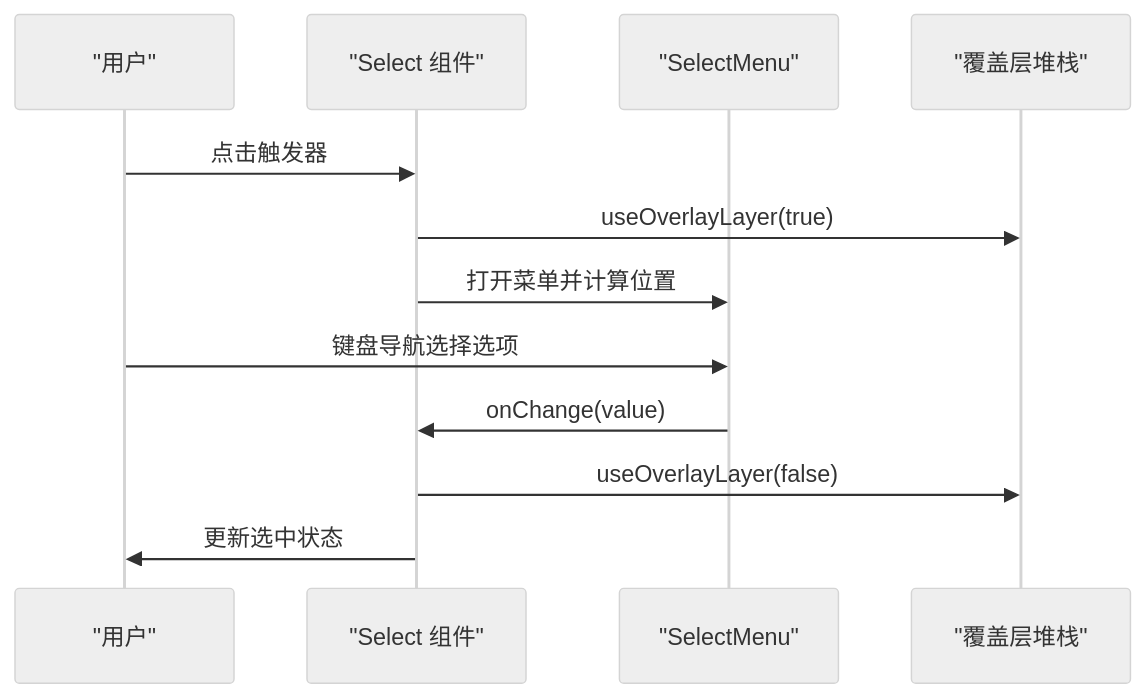
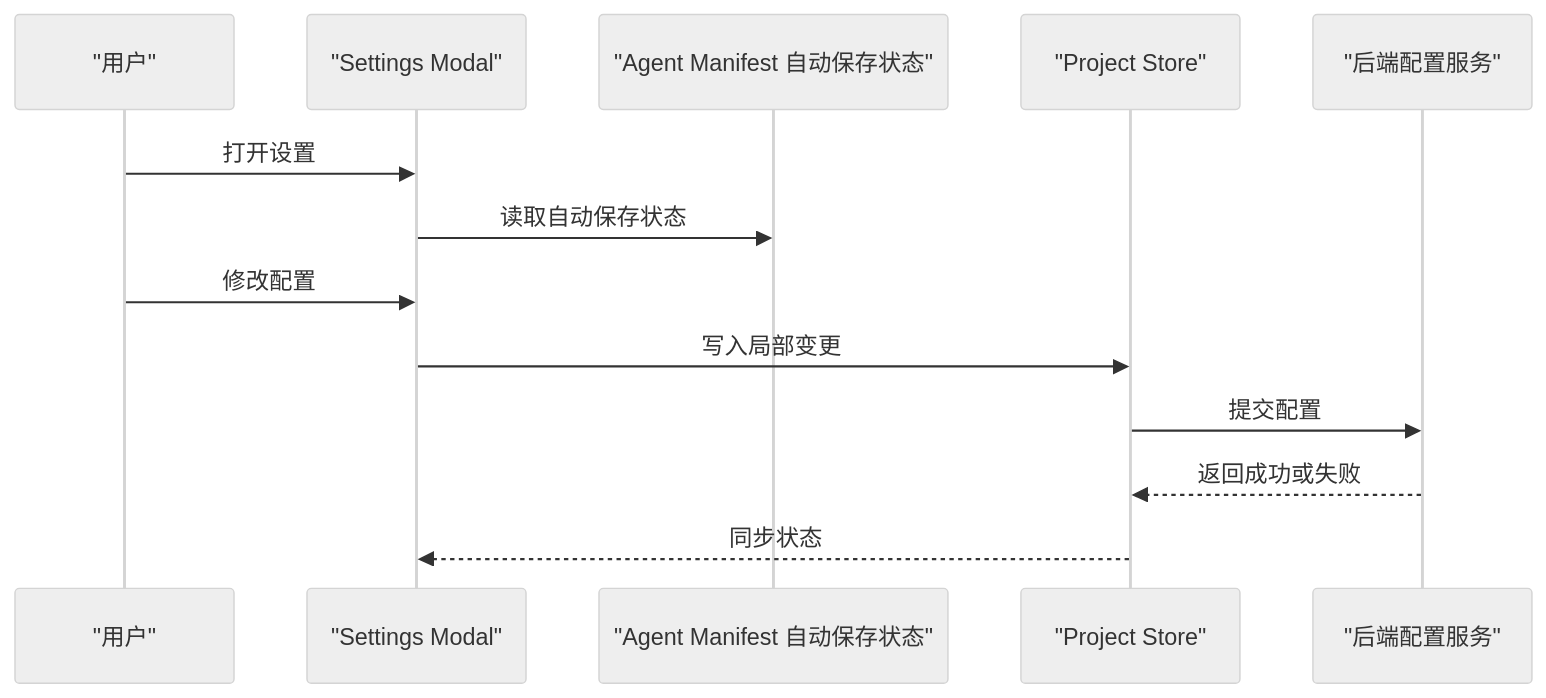
The eighth of 10 diagrams in .qoder/repowiki/zh/content/用户界面/用户界面.md (haolange/RDC-Agent), drawn with Mermaid (neutral theme) before and after one commit. The commit also changed other lines of this file and 356 other files, not shown here.

````diff
--- a/.qoder/repowiki/zh/content/用户界面/用户界面.md
+++ b/.qoder/repowiki/zh/content/用户界面/用户界面.md
@@ -616,14 +333,16 @@
 ```mermaid
 sequenceDiagram
-participant User as "用户"
-participant Select as "Select 组件"
-participant Menu as "SelectMenu"
-participant OS as "覆盖层堆栈"
-User->>Select : 点击触发器
-Select->>OS : useOverlayLayer(true)
-Select->>Menu : 打开菜单并计算位置
-User->>Menu : 键盘导航选择选项
-Menu->>Select : onChange(value)
-Select->>OS : useOverlayLayer(false)
-Select->>User : 更新选中状态
+    participant User as "用户"
+    participant Modal as "Settings Modal"
+    participant State as "Agent Manifest 自动保存状态"
+    participant Store as "Project Store"
+    participant Backend as "后端配置服务"
+
+    User->>Modal: 打开设置
+    Modal->>State: 读取自动保存状态
+    User->>Modal: 修改配置
+    Modal->>Store: 写入局部变更
+    Store->>Backend: 提交配置
+    Backend-->>Store: 返回成功或失败
+    Store-->>Modal: 同步状态
 ```
````
